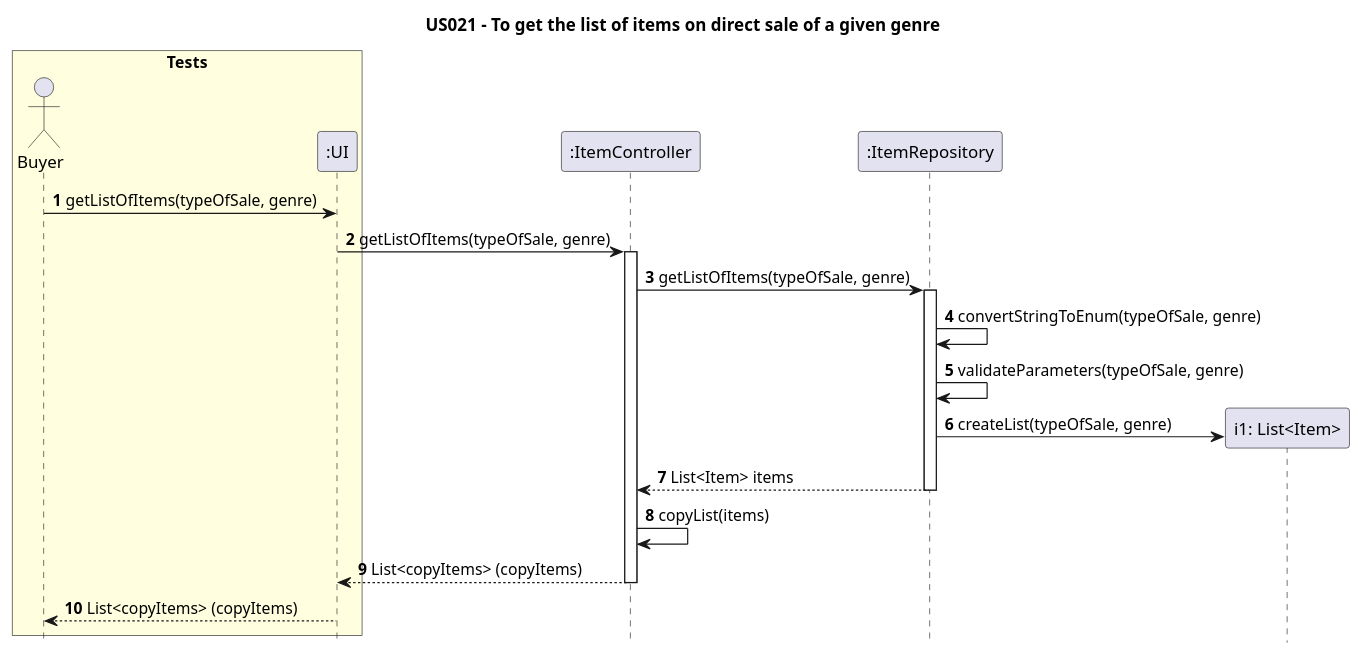
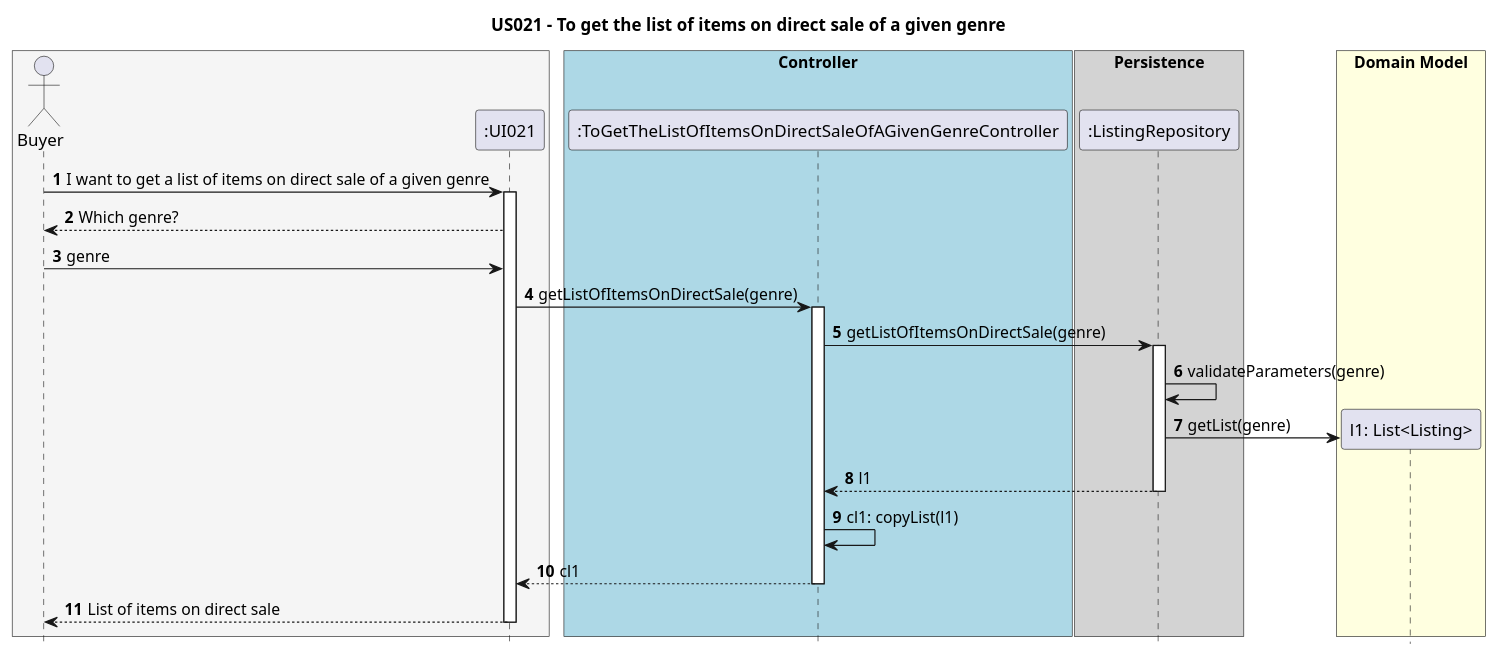
The diagram in Diagrams/SequenceDiagrams/N2/US021-to-get-the-list-of-items-on-direct-sale-of-a-given-genre.puml (AndrePereiraGitH/SWitCH-Project-Team_A), drawn with PlantUML before and after one commit. The commit also changed 7 other files, not shown here.

```diff
--- a/Diagrams/SequenceDiagrams/N2/US021-to-get-the-list-of-items-on-direct-sale-of-a-given-genre.puml
+++ b/Diagrams/SequenceDiagrams/N2/US021-to-get-the-list-of-items-on-direct-sale-of-a-given-genre.puml
@@ -1,40 +1,49 @@
 @startuml
 
 hide footbox
+autonumber
 title US021 - To get the list of items on direct sale of a given genre
 
-box "Tests" #LightYellow
+box #WhiteSmoke
 actor Buyer
-participant ":UI" as UI
+participant ":UI021" as UI021
 end box
 
-participant ":ItemController" as ItemController
-participant ":ItemRepository" as ItemRepository
+Buyer -> UI021 : I want to get a list of items on direct sale of a given genre
+activate UI021
+UI021 --> Buyer : Which genre?
+Buyer -> UI021 : genre
 
-Buyer -> UI : **1** getListOfItems(typeOfSale, genre)
+box "Controller" #LightBlue
+participant ":ToGetTheListOfItemsOnDirectSaleOfAGivenGenreController" as ToGetTheListOfItemsOnDirectSaleOfAGivenGenreController
+end box
 
-UI -> ItemController : **2** getListOfItems(typeOfSale, genre)
-activate ItemController
+UI021 -> ToGetTheListOfItemsOnDirectSaleOfAGivenGenreController: getListOfItemsOnDirectSale(genre)
+activate ToGetTheListOfItemsOnDirectSaleOfAGivenGenreController
 
-ItemController -> ItemRepository : **3** getListOfItems(typeOfSale, genre)
-activate ItemRepository
+box "Persistence" #LightGrey
+participant ":ListingRepository" as ListingRepository
+end box
 
-ItemRepository -> ItemRepository : **4** convertStringToEnum(typeOfSale, genre)
+ToGetTheListOfItemsOnDirectSaleOfAGivenGenreController-> ListingRepository : getListOfItemsOnDirectSale(genre)
+activate ListingRepository
 
-ItemRepository -> ItemRepository : **5** validateParameters(typeOfSale, genre)
+ListingRepository -> ListingRepository : validateParameters(genre)
 
-create "i1: List<Item>" as Item
-ItemRepository -> Item : **6** createList(typeOfSale, genre)
+box "Domain Model" #LightYellow
+create "l1: List<Listing>" as Listing
+ListingRepository -> Listing : getList(genre)
+end box
 
-' ItemRepository --> ItemController : **6** i1
-ItemRepository --> ItemController : **7** List<Item> items
-deactivate ItemRepository
+ListingRepository --> ToGetTheListOfItemsOnDirectSaleOfAGivenGenreController: l1
+deactivate ListingRepository
 
-ItemController -> ItemController : **8** copyList(items)
+ToGetTheListOfItemsOnDirectSaleOfAGivenGenreController-> ToGetTheListOfItemsOnDirectSaleOfAGivenGenreController: cl1: copyList(l1)
 
-ItemController --> UI : **9** List<copyItems> (copyItems)
-deactivate ItemController
+ToGetTheListOfItemsOnDirectSaleOfAGivenGenreController--> UI021 : cl1
+deactivate ToGetTheListOfItemsOnDirectSaleOfAGivenGenreController
 
-UI --> Buyer : **10** List<copyItems> (copyItems)
+UI021 --> Buyer : List of items on direct sale
+deactivate UI021
 
 @enduml
```
